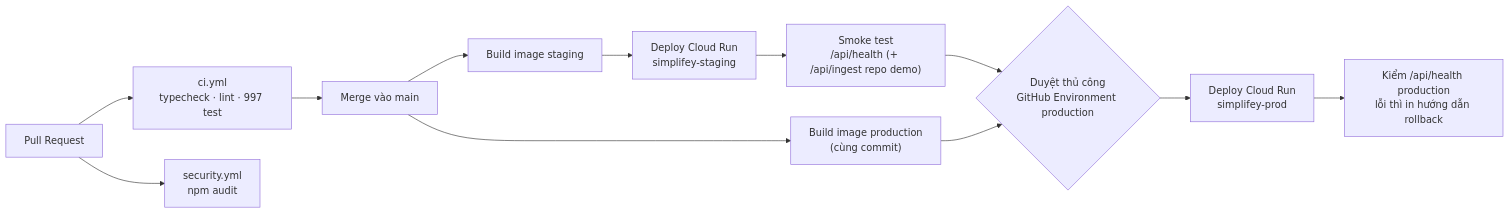
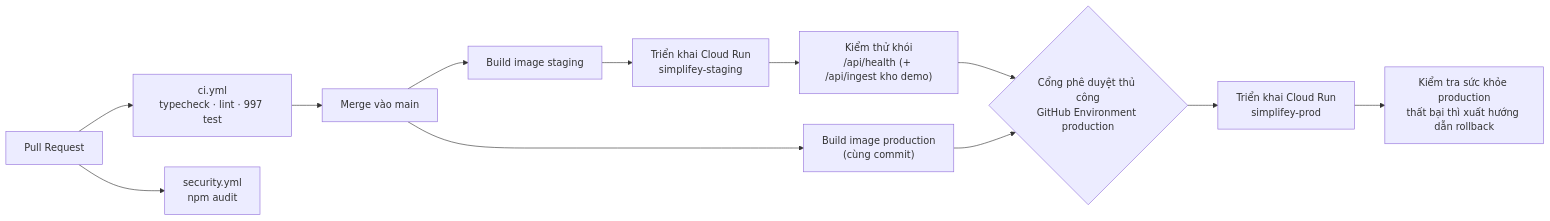
Before and after one commit to ThanhThien-coder/HackathonSGU-MeoMeo: the fourth of 6 diagrams in docs/bao_cao_thuyet_trinh/BAO_CAO_DU_AN.md, drawn with Mermaid. The commit also changed other lines of this file, not shown here.

````diff
--- a/docs/bao_cao_thuyet_trinh/BAO_CAO_DU_AN.md
+++ b/docs/bao_cao_thuyet_trinh/BAO_CAO_DU_AN.md
@@ -607,14 +654,14 @@
 ```mermaid
 flowchart LR
     PR["Pull Request"] --> CI["ci.yml<br/>typecheck · lint · 997 test"]
     PR --> SEC["security.yml<br/>npm audit"]
     CI --> M["Merge vào main"]
     M --> B1["Build image staging"]
     M --> B2["Build image production<br/>(cùng commit)"]
-    B1 --> ST["Deploy Cloud Run<br/>simplifey-staging"]
-    ST --> SM["Smoke test<br/>/api/health (+ /api/ingest repo demo)"]
-    SM --> AP{"Duyệt thủ công<br/>GitHub Environment production"}
+    B1 --> ST["Triển khai Cloud Run<br/>simplifey-staging"]
+    ST --> SM["Kiểm thử khói<br/>/api/health (+ /api/ingest kho demo)"]
+    SM --> AP{"Cổng phê duyệt thủ công<br/>GitHub Environment production"}
     B2 --> AP
-    AP --> PD["Deploy Cloud Run<br/>simplifey-prod"]
-    PD --> HC["Kiểm /api/health production<br/>lỗi thì in hướng dẫn rollback"]
+    AP --> PD["Triển khai Cloud Run<br/>simplifey-prod"]
+    PD --> HC["Kiểm tra sức khỏe production<br/>thất bại thì xuất hướng dẫn rollback"]
 ```
````
